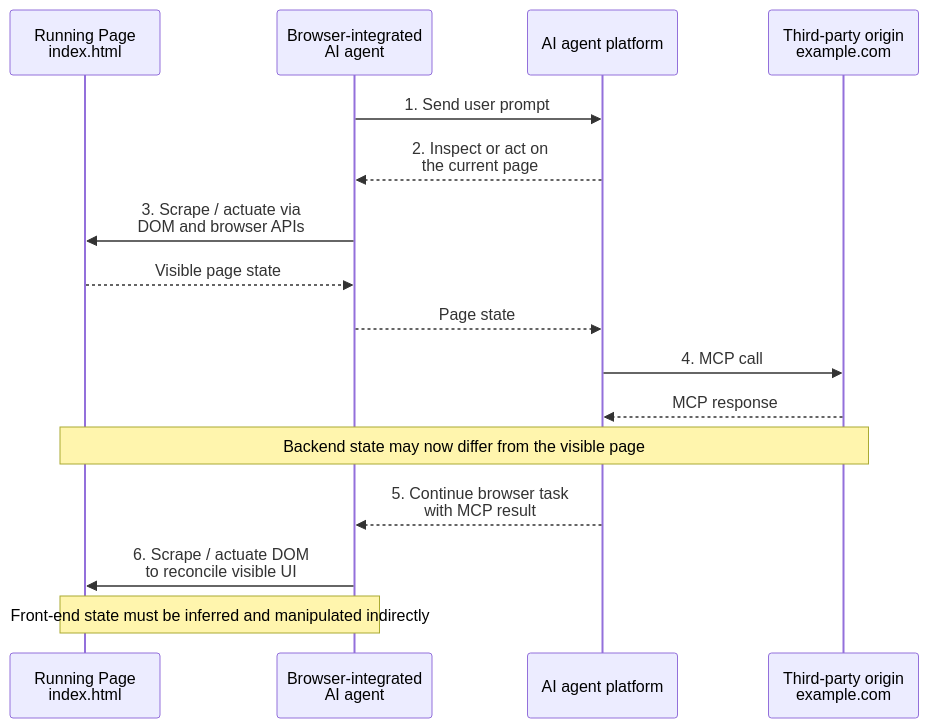
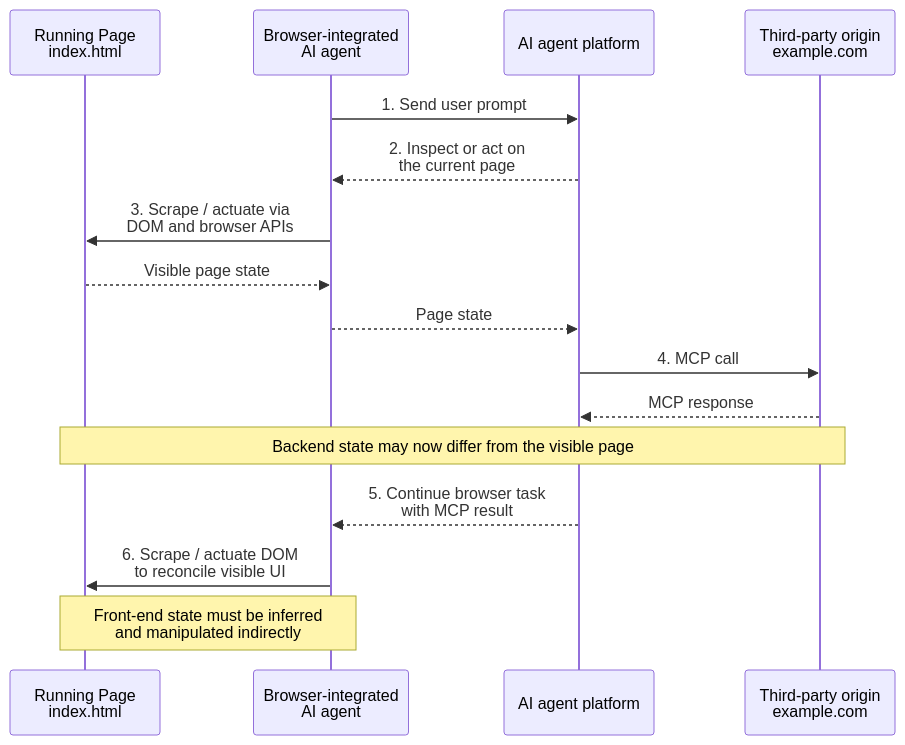
One commit to webmachinelearning/webmcp changed the second of 2 diagrams in README.md. Above: the diagram before and after it, drawn with Mermaid.

Commit message:
Try and break line

````diff
--- a/README.md
+++ b/README.md
@@ -56,26 +56,26 @@
 ```mermaid
 sequenceDiagram
     participant Page as Running Page<br/>index.html
     participant Agent as Browser-integrated<br/>AI agent
     participant AI as AI agent platform
     participant Service as Third-party origin<br/>example.com
 
     Agent->>AI: 1. Send user prompt
 
     AI-->>Agent: 2. Inspect or act on<br/>the current page
 
     Agent->>Page: 3. Scrape / actuate via<br/>DOM and browser APIs
     Page-->>Agent: Visible page state
     Agent-->>AI: Page state
 
     AI->>Service: 4. MCP call
     Service-->>AI: MCP response
 
     Note over Page,Service: Backend state may now differ from the visible page
 
     AI-->>Agent: 5. Continue browser task<br/>with MCP result
 
     Agent->>Page: 6. Scrape / actuate DOM<br/>to reconcile visible UI
 
-    Note over Page,Agent: Front-end state must be inferred and manipulated indirectly
+    Note over Page,Agent: Front-end state must be inferred<br/>and manipulated indirectly
 ```
````
